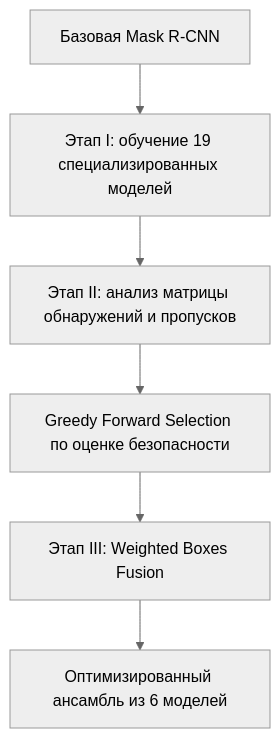
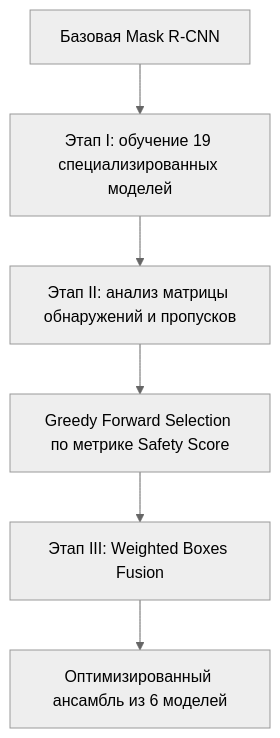
The diagram in src/pages/ru/research-and-projects/amorphous-bottleneck.md (AlexL71/dadaboev-portfolio), drawn with Mermaid (neutral theme) before and after one commit. The commit also changed other lines of this file and 27 other files, not shown here.

````diff
--- a/src/pages/ru/research-and-projects/amorphous-bottleneck.md
+++ b/src/pages/ru/research-and-projects/amorphous-bottleneck.md
@@ -51,8 +51,8 @@
 ```mermaid
 graph TD
     A[Базовая Mask R-CNN] --> B[Этап I: обучение 19 специализированных моделей]
     B --> C[Этап II: анализ матрицы обнаружений и пропусков]
-    C --> D[Greedy Forward Selection по оценке безопасности]
+    C --> D[Greedy Forward Selection по метрике Safety Score]
     D --> E[Этап III: Weighted Boxes Fusion]
     E --> F[Оптимизированный ансамбль из 6 моделей]
 ```
````
